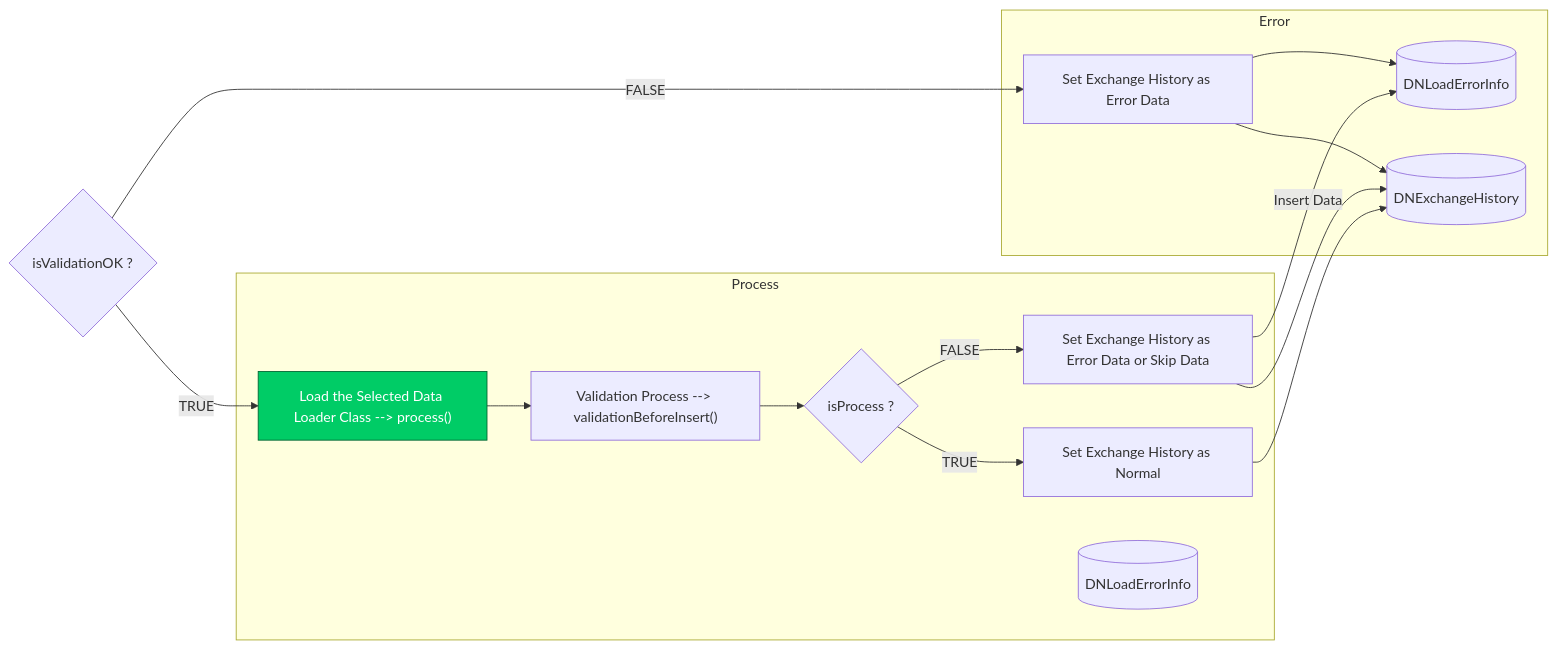
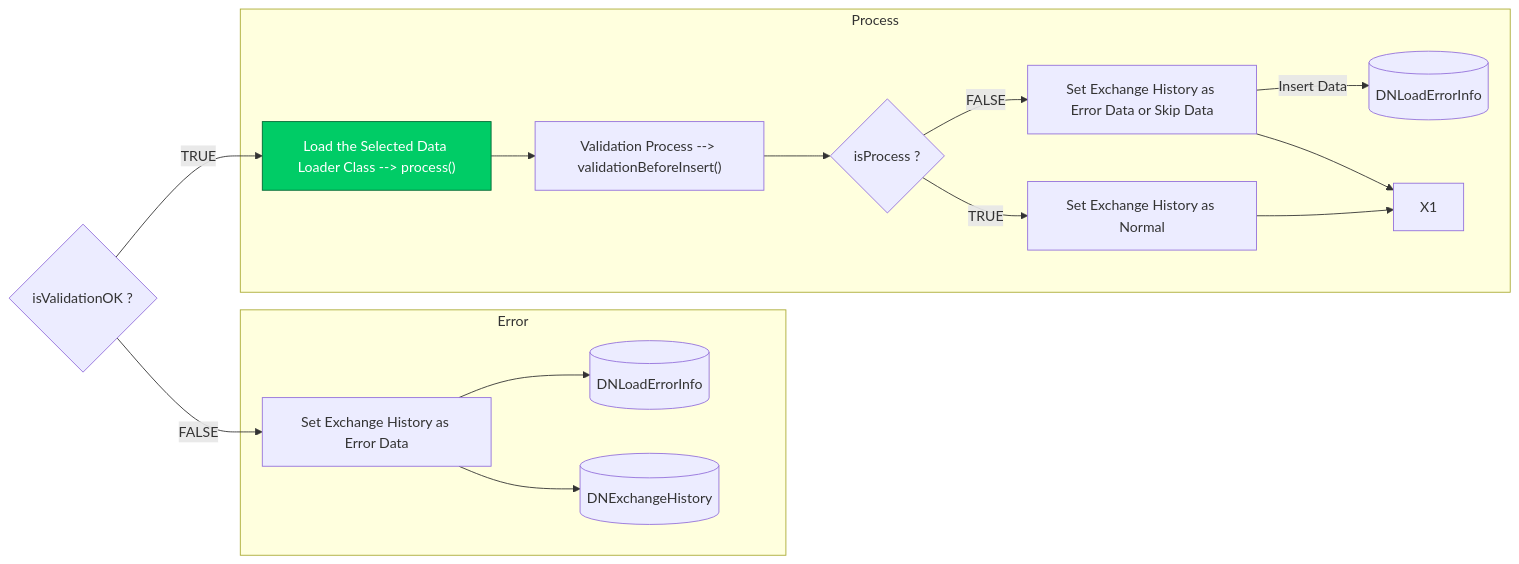
Before and after one commit to luthfiadityaa/SimeDarby-Wiki: the ninth of 9 diagrams in Basic-Design/Host-Interfaces.md, drawn with Mermaid.

Commit message:
Updated Host Interfaces

```diff
--- a/Basic-Design/Host-Interfaces.md
+++ b/Basic-Design/Host-Interfaces.md
@@ -712,31 +712,30 @@
 ::: mermaid
 flowchart LR
 Cond1{"isValidationOK ?"}
 Cond1 --> |TRUE| B2
 Cond1 --> |FALSE| C2
 
 subgraph Error
- C2 --> X2 
- C2 --> X1
+ C2 --> C3 
+ C2 --> C4
+ C4[(DNExchangeHistory)]
+ C3[(DNLoadErrorInfo)]
  C2["Set Exchange History as Error Data"] 
 end
 
 subgraph Process
  B2 --> B3 --> Cond2
  Cond2{"isProcess ?"}
  B2["Load the Selected Data Loader Class --> process()"]
  B3["Validation Process --> validationBeforeInsert()"]
  B4["Set Exchange History as Error Data or Skip Data"]
  B5["Set Exchange History as Normal"]
  B6[(DNLoadErrorInfo)]
- Cond2 --> |FALSE| B4 --> |Insert Data| X2
+ Cond2 --> |FALSE| B4 --> |Insert Data| B6
  B4 --> X1
  Cond2 --> |TRUE| B5 --> X1
 end 
 
-X1[(DNExchangeHistory)]
-X2[(DNLoadErrorInfo)]
-
 click B2 "https://dev.azure.com/Daifuku-SW/ID_SimeDarbyPlantation/_wiki/wikis/ID_SimeDarbyPlantation.wiki/833/Host-Interfaces?anchor=stage-3"
 style B2 fill:#00cc66,stroke:#006633,color:#ffffff
 :::
```
